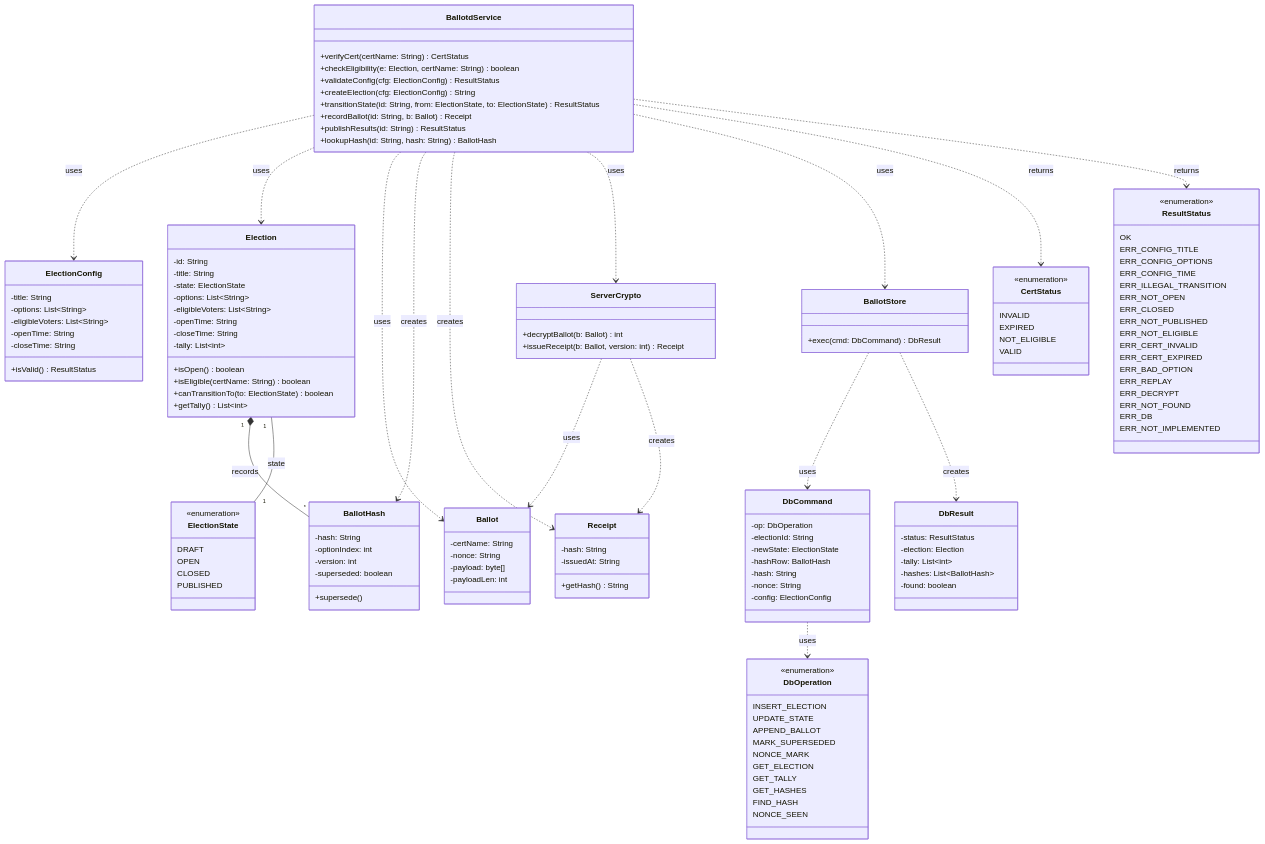
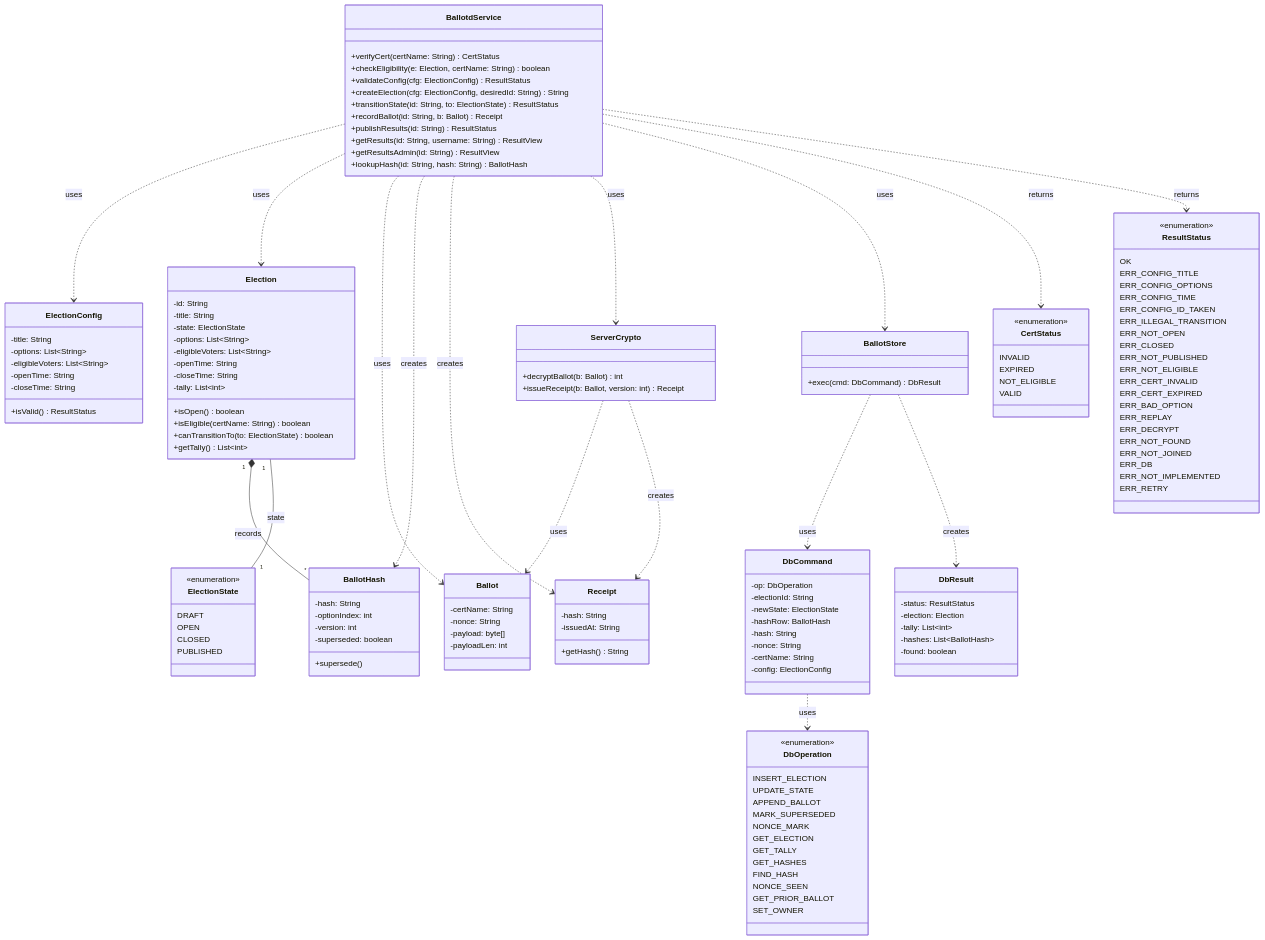
One commit to JediNakDev/ballotbox changed diagram 11 of 11 in README.md. Above: the diagram before and after it, drawn with Mermaid. The commit also changed other lines of this file and 7 other files, not shown here.

```diff
--- a/README.md
+++ b/README.md
@@ -762,10 +841,12 @@
         +verifyCert(certName: String) CertStatus
         +checkEligibility(e: Election, certName: String) boolean
         +validateConfig(cfg: ElectionConfig) ResultStatus
-        +createElection(cfg: ElectionConfig) String
-        +transitionState(id: String, from: ElectionState, to: ElectionState) ResultStatus
+        +createElection(cfg: ElectionConfig, desiredId: String) String
+        +transitionState(id: String, to: ElectionState) ResultStatus
         +recordBallot(id: String, b: Ballot) Receipt
         +publishResults(id: String) ResultStatus
+        +getResults(id: String, username: String) ResultView
+        +getResultsAdmin(id: String) ResultView
         +lookupHash(id: String, hash: String) BallotHash
     }
 
@@ -830,6 +911,7 @@
         -hashRow: BallotHash
         -hash: String
         -nonce: String
+        -certName: String
         -config: ElectionConfig
     }
 
@@ -853,6 +935,8 @@
         GET_HASHES
         FIND_HASH
         NONCE_SEEN
+        GET_PRIOR_BALLOT
+        SET_OWNER
     }
 
     class ElectionState {
@@ -877,6 +961,7 @@
         ERR_CONFIG_TITLE
         ERR_CONFIG_OPTIONS
         ERR_CONFIG_TIME
+        ERR_CONFIG_ID_TAKEN
         ERR_ILLEGAL_TRANSITION
         ERR_NOT_OPEN
         ERR_CLOSED
@@ -888,8 +973,10 @@
         ERR_REPLAY
         ERR_DECRYPT
         ERR_NOT_FOUND
+        ERR_NOT_JOINED
         ERR_DB
         ERR_NOT_IMPLEMENTED
+        ERR_RETRY
     }
 
     Election "1" *-- "*" BallotHash : records
```
